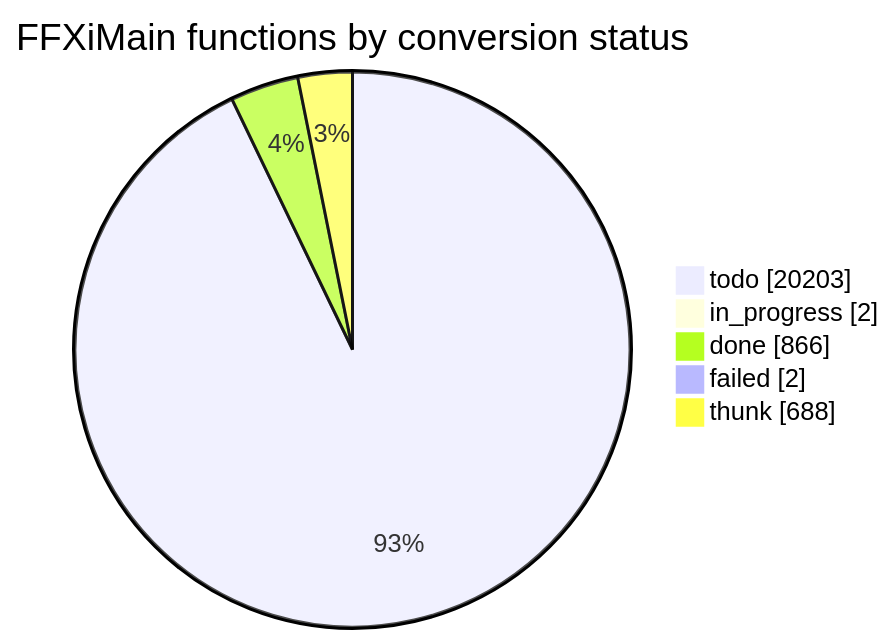
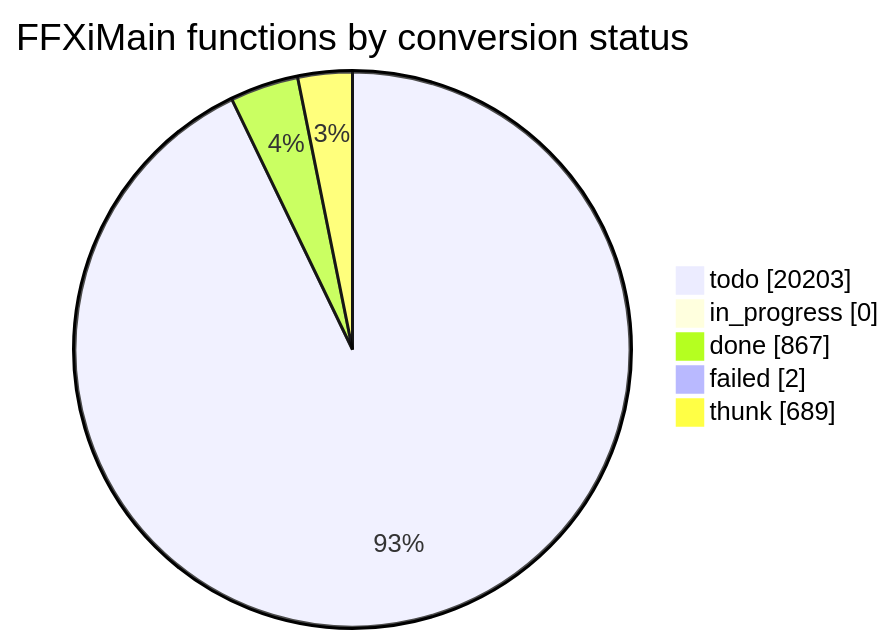
The diagram in docs/cow/STATUS.md (cowrevenge/cow_kuluu_xi_anything), drawn with Mermaid before and after one commit. The commit also changed other lines of this file and 9 other files, not shown here.

````diff
--- a/docs/cow/STATUS.md
+++ b/docs/cow/STATUS.md
@@ -18,9 +18,9 @@
 ```mermaid
 pie showData
     title FFXiMain functions by conversion status
     "todo" : 20203
-    "in_progress" : 2
-    "done" : 866
+    "in_progress" : 0
+    "done" : 867
     "failed" : 2
-    "thunk" : 688
+    "thunk" : 689
 ```
````
